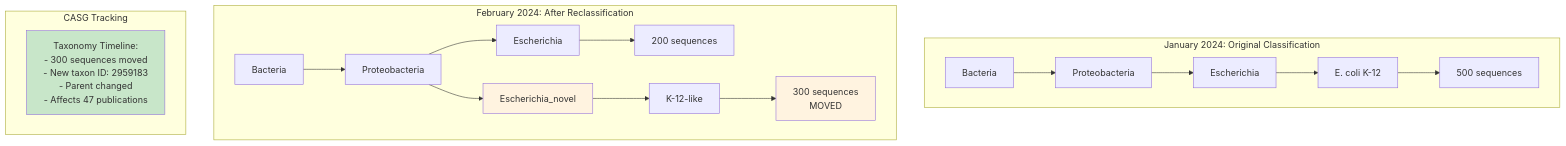
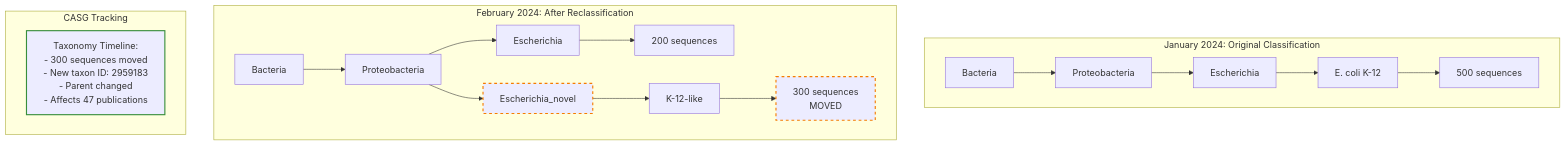
Diagram 11 of 12 in docs/src/casg/case-studies.md (bfowle/talaria), drawn with Mermaid before and after one commit. The commit also changed other lines of this file and 65 other files, not shown here.

````diff
--- a/docs/src/casg/case-studies.md
+++ b/docs/src/casg/case-studies.md
@@ -493,43 +588,43 @@
 ```mermaid
 graph TB
     subgraph "January 2024: Original Classification"
         ROOT1[Bacteria]
         PROTEO1[Proteobacteria]
         ECOLI1[Escherichia]
         STRAIN1[E. coli K-12]
 
         SEQ1[500 sequences]
 
         ROOT1 --> PROTEO1
         PROTEO1 --> ECOLI1
         ECOLI1 --> STRAIN1
         STRAIN1 --> SEQ1
     end
 
     subgraph "February 2024: After Reclassification"
         ROOT2[Bacteria]
         PROTEO2[Proteobacteria]
         ECOLI2[Escherichia]
         NEWGENUS[Escherichia_novel]
         STRAIN2[K-12-like]
 
         SEQ2A[200 sequences]
         SEQ2B[300 sequences<br/>MOVED]
 
         ROOT2 --> PROTEO2
         PROTEO2 --> ECOLI2
         PROTEO2 --> NEWGENUS
         ECOLI2 --> SEQ2A
         NEWGENUS --> STRAIN2
         STRAIN2 --> SEQ2B
 
-        style NEWGENUS fill:#fff3e0
-        style SEQ2B fill:#fff3e0
+        style NEWGENUS stroke:#f57c00,stroke-width:2px,stroke-dasharray: 5 5
+        style SEQ2B stroke:#f57c00,stroke-width:2px,stroke-dasharray: 5 5
     end
 
     subgraph "CASG Tracking"
         TRACK[Taxonomy Timeline:<br/>- 300 sequences moved<br/>- New taxon ID: 2959183<br/>- Parent changed<br/>- Affects 47 publications]
 
-        style TRACK fill:#c8e6c9
+        style TRACK stroke:#388e3c,stroke-width:2px
     end
 ```
````
